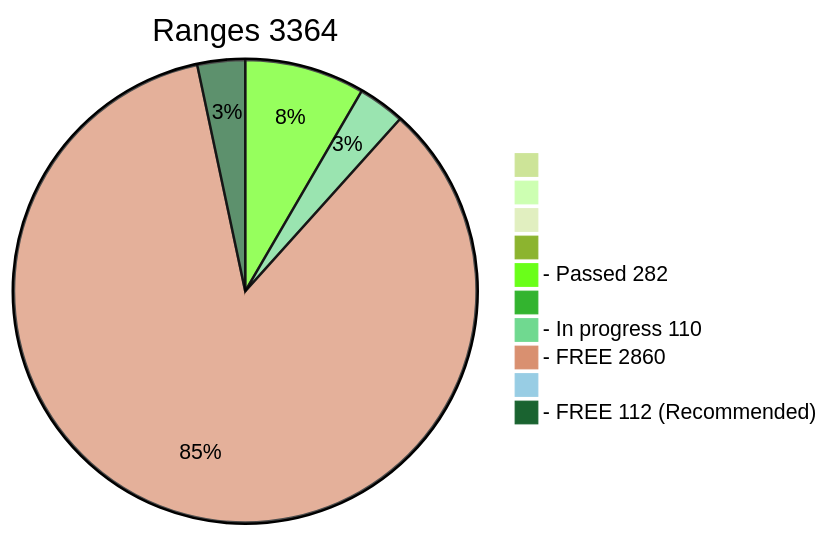
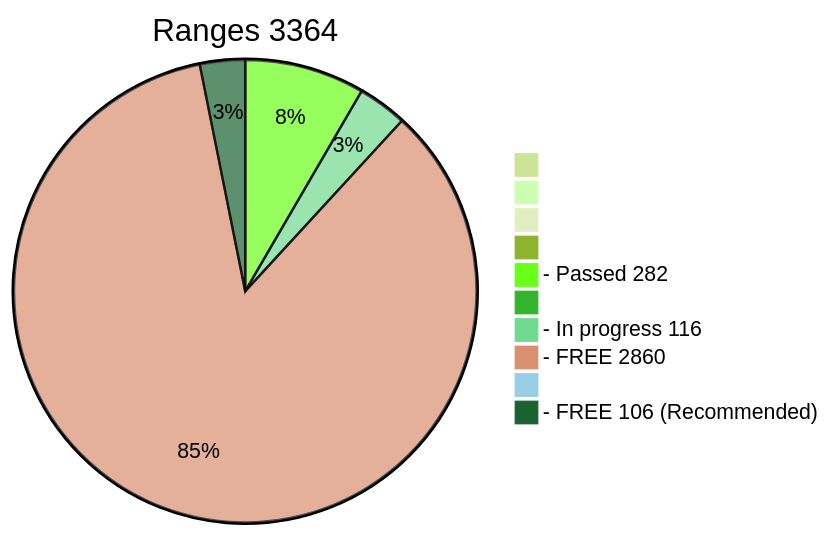
One commit to phrutis/wif500 changed the diagram in x64/Release/table.md. Above: the diagram before and after it, drawn with Mermaid (forest theme). The commit also changed other lines of this file, not shown here.

````diff
--- a/x64/Release/table.md
+++ b/x64/Release/table.md
@@ -2,13 +2,13 @@
 ```mermaid
 pie title Ranges 3364
   " " : 0
   "  " : 0
   "   " : 0
   "    " : 0
   "- Passed 282" : 282
   "     " : 0
-  "- In progress 110" : 110
+  "- In progress 116" : 116
   "- FREE 2860" : 2860
   "      " : 0
-  "- FREE 112 (Recommended)" : 112
+  "- FREE 106 (Recommended)" : 106
 ```
````
